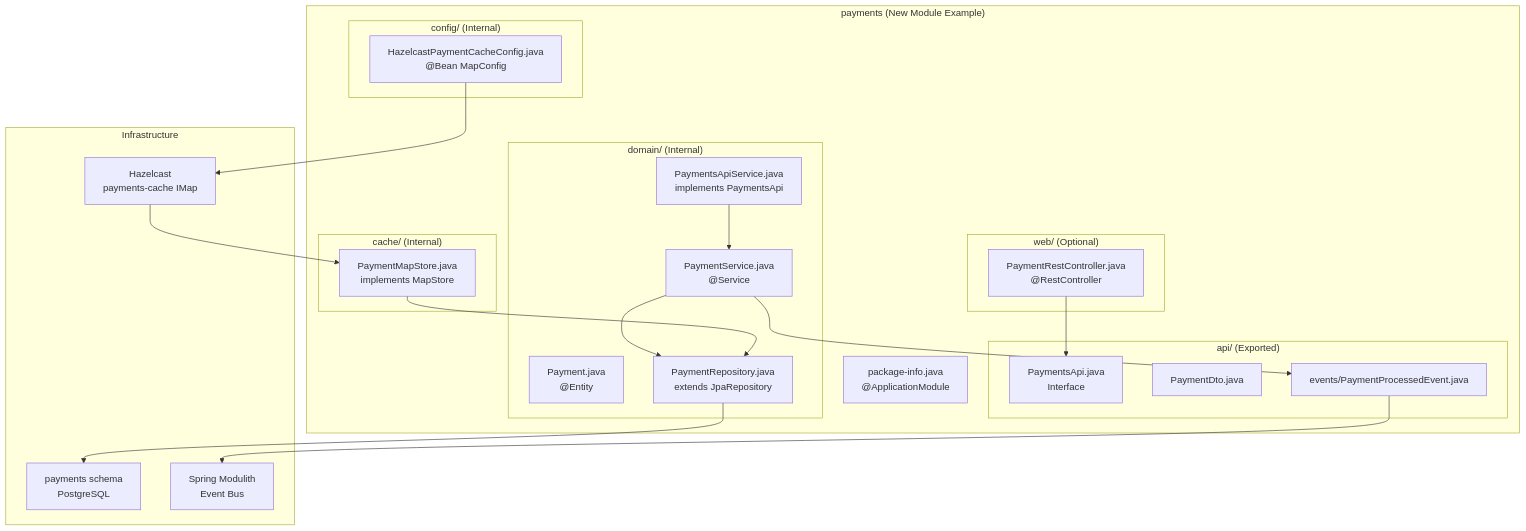
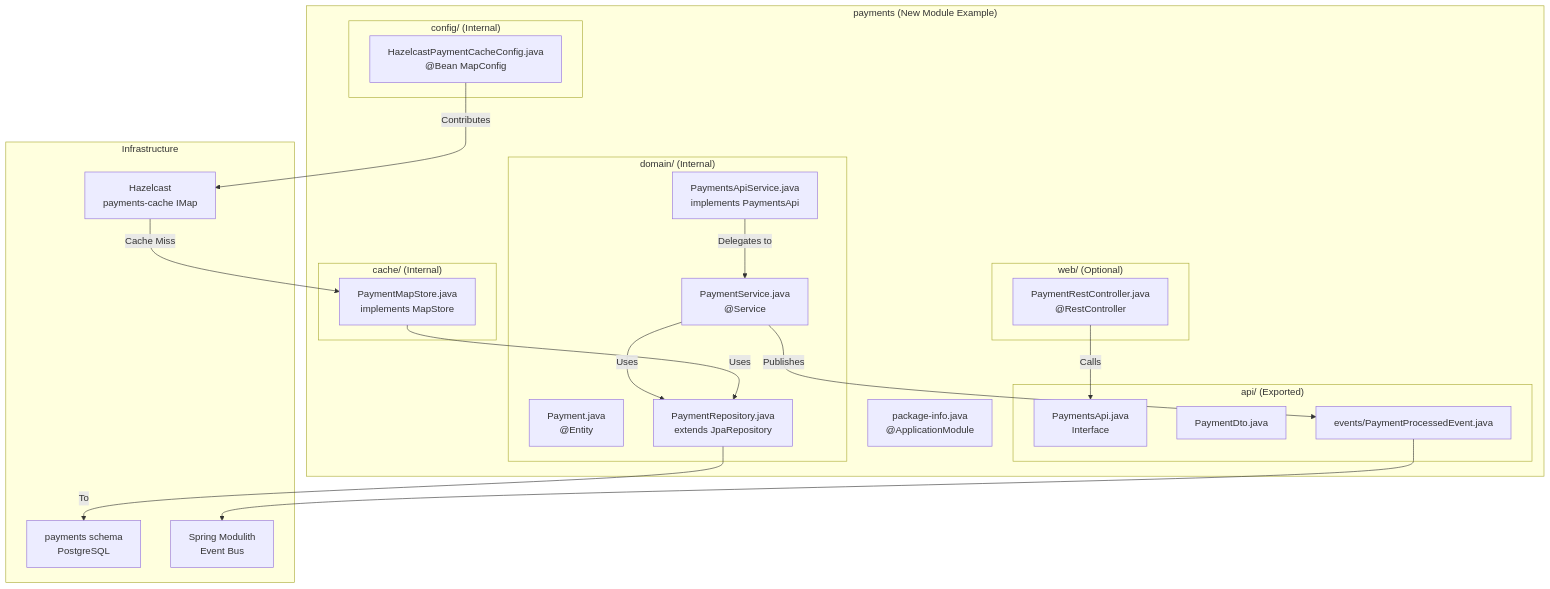
The third of 3 diagrams in docs/deepwiki/Adding-New-Modules.md (philipz/spring-modular-monolith), drawn with Mermaid before and after one commit. The commit also changed other lines of this file and 55 other files, not shown here.

````diff
--- a/docs/deepwiki/Adding-New-Modules.md
+++ b/docs/deepwiki/Adding-New-Modules.md
@@ -630,63 +630,63 @@
 ```mermaid
 flowchart TD
 
 PaymentsApi["PaymentsApi.java<br>Interface"]
 PaymentDto["PaymentDto.java"]
 PaymentEvent["events/PaymentProcessedEvent.java"]
 Payment["Payment.java<br>@Entity"]
 PaymentRepo["PaymentRepository.java<br>extends JpaRepository"]
 PaymentSvc["PaymentService.java<br>@Service"]
 PaymentApiImpl["PaymentsApiService.java<br>implements PaymentsApi"]
 PaymentMapStore["PaymentMapStore.java<br>implements MapStore"]
 PaymentCacheConfig["HazelcastPaymentCacheConfig.java<br>@Bean MapConfig"]
 PaymentController["PaymentRestController.java<br>@RestController"]
 PackageInfo["package-info.java<br>@ApplicationModule"]
 DB["payments schema<br>PostgreSQL"]
 HZ["Hazelcast<br>payments-cache IMap"]
 Events["Spring Modulith<br>Event Bus"]
 
-PaymentRepo --> DB
-HZ --> PaymentMapStore
+PaymentRepo -->|"To"| DB
+HZ -->|"Cache Miss"| PaymentMapStore
 PaymentEvent --> Events
-PaymentCacheConfig --> HZ
+PaymentCacheConfig -->|"Contributes"| HZ
 
 subgraph Infrastructure ["Infrastructure"]
     DB
     HZ
     Events
 end
 
 subgraph subGraph5 ["payments (New Module Example)"]
     PackageInfo
-    PaymentController --> PaymentsApi
-    PaymentMapStore --> PaymentRepo
-    PaymentSvc --> PaymentEvent
+    PaymentController -->|"Calls"| PaymentsApi
+    PaymentMapStore -->|"Uses"| PaymentRepo
+    PaymentSvc -->|"Publishes"| PaymentEvent
 
 subgraph subGraph4 ["web/ (Optional)"]
     PaymentController
 end
 
 subgraph subGraph3 ["config/ (Internal)"]
     PaymentCacheConfig
 end
 
 subgraph subGraph2 ["cache/ (Internal)"]
     PaymentMapStore
 end
 
 subgraph subGraph1 ["domain/ (Internal)"]
     Payment
     PaymentRepo
     PaymentSvc
     PaymentApiImpl
-    PaymentSvc --> PaymentRepo
-    PaymentApiImpl --> PaymentSvc
+    PaymentSvc -->|"Uses"| PaymentRepo
+    PaymentApiImpl -->|"Delegates to"| PaymentSvc
 end
 
 subgraph subGraph0 ["api/ (Exported)"]
     PaymentsApi
     PaymentDto
     PaymentEvent
 end
 end
 ```
````
